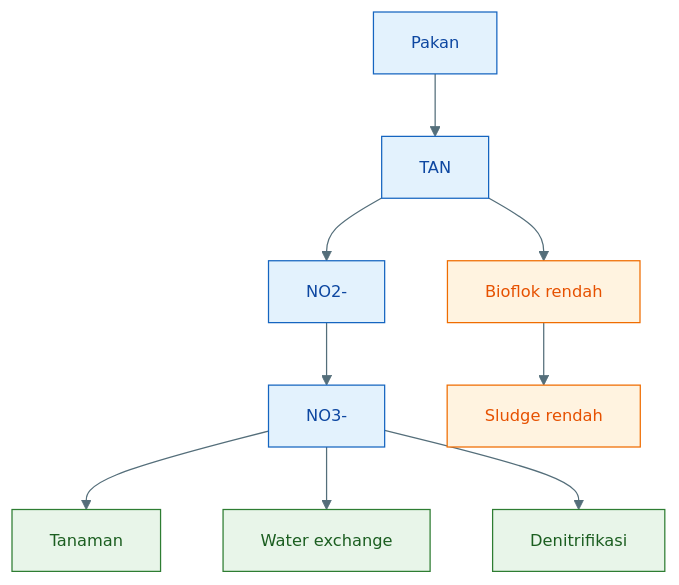
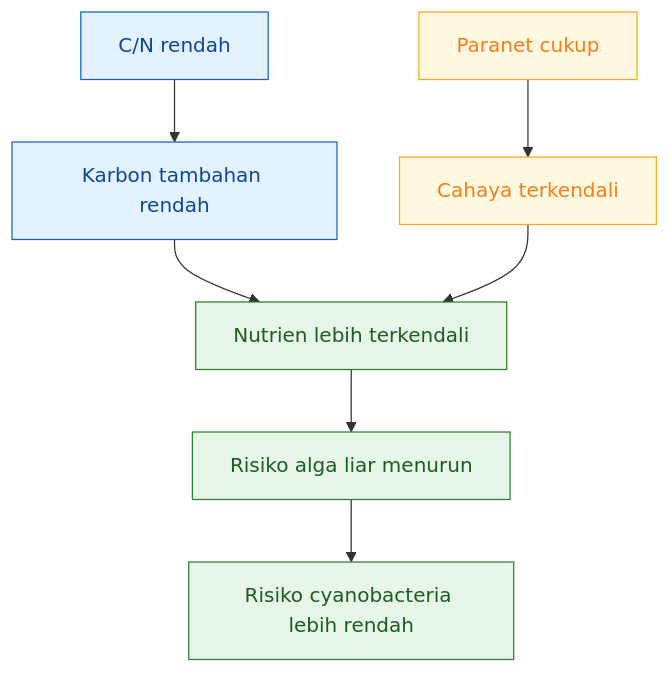
Before and after one commit to slametsampon/kawruhnology: diagram 11 of 22 in content/blog/agri/perikanan/ratio-cn-rendah-biflok.mdx, drawn with Mermaid. The commit also changed other lines of this file, not shown here.

Commit message:
update ratio-cn-rendah

````diff
--- a/content/blog/agri/perikanan/ratio-cn-rendah-biflok.mdx
+++ b/content/blog/agri/perikanan/ratio-cn-rendah-biflok.mdx
@@ -2277,33 +1514,18 @@
-```mermaid id="jalur-cn-rendah"
-%%{init: {'theme':'base','themeVariables':{
-'primaryColor':'#E3F2FD',
-'primaryTextColor':'#0D47A1',
-'primaryBorderColor':'#1565C0',
-'secondaryColor':'#E8F5E9',
-'secondaryTextColor':'#1B5E20',
-'secondaryBorderColor':'#2E7D32',
-'tertiaryColor':'#FFF3E0',
-'tertiaryTextColor':'#E65100',
-'tertiaryBorderColor':'#EF6C00',
-'lineColor':'#546E7A',
-'fontSize':'13px'
-}}}%%
+```mermaid id="w7f2lg"
 flowchart TD
-    A["Pakan"] --> B["TAN"]
-    B --> C["NO2-"]
-    C --> D["NO3-"]
-    D --> E["Tanaman"]
-    D --> F["Water exchange"]
-    D --> G["Denitrifikasi"]
+    A["C/N rendah"] --> B["Karbon tambahan rendah"]
+    C["Paranet cukup"] --> D["Cahaya terkendali"]
+    B --> E["Nutrien lebih terkendali"]
+    D --> E
+    E --> F["Risiko alga liar menurun"]
+    F --> G["Risiko cyanobacteria lebih rendah"]
 
-    B --> H["Bioflok rendah"]
-    H --> I["Sludge rendah"]
+    classDef cn fill:#e3f2fd,stroke:#1565c0,color:#0d47a1;
+    classDef light fill:#fff8e1,stroke:#f9a825,color:#f57f17;
+    classDef stable fill:#e8f5e9,stroke:#2e7d32,color:#1b5e20;
+    classDef risk fill:#ffebee,stroke:#c62828,color:#b71c1c;
 
-    classDef nitrogen fill:#E3F2FD,stroke:#1565C0,color:#0D47A1;
-    classDef keluar fill:#E8F5E9,stroke:#2E7D32,color:#1B5E20;
-    classDef padatan fill:#FFF3E0,stroke:#EF6C00,color:#E65100;
-
-    class A,B,C,D nitrogen;
-    class E,F,G keluar;
-    class H,I padatan;
+    class A,B cn;
+    class C,D light;
+    class E,F,G stable;
 ```
````
